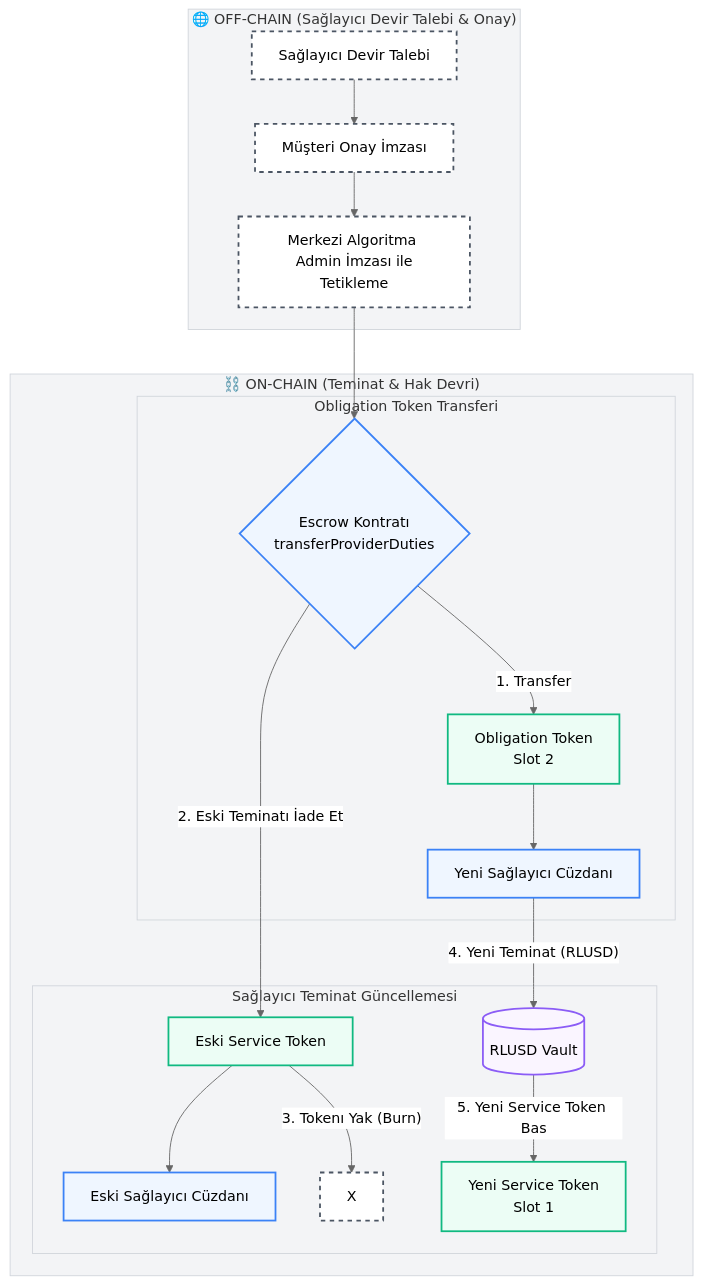
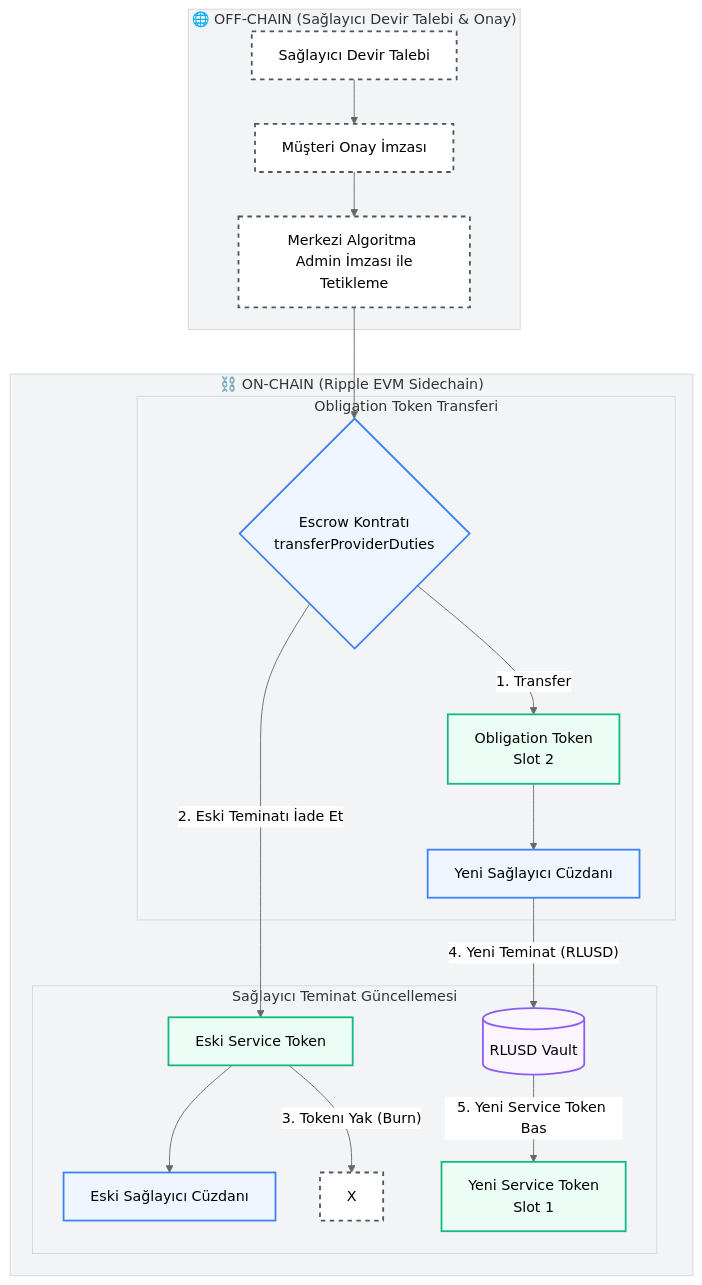
One commit to emirrmk/escrow-flow-diagrams changed the third of 4 diagrams in README.md. Above: the diagram before and after it, drawn with Mermaid. The commit also changed other lines of this file, not shown here.

Commit message:
Add ERC-3525 and Ripple EVM Sidechain details to README

````diff
--- a/README.md
+++ b/README.md
@@ -81,31 +84,31 @@
 ```mermaid
 %%{init: {'theme': 'neutral', 'themeVariables': { 'primaryColor': '#f9fafb', 'edgeLabelBackground':'#ffffff', 'clusterBkg':'#f3f4f6', 'clusterBorder':'#d1d5db'}}}%%
 graph TD
     classDef offChainNode fill:#ffffff,stroke:#4b5563,stroke-width:2px,stroke-dasharray: 5 5;
     classDef onChainNode fill:#eff6ff,stroke:#3b82f6,stroke-width:2px;
     classDef tokenNode fill:#ecfdf5,stroke:#10b981,stroke-width:2px;
     classDef databaseNode fill:#faf5ff,stroke:#8b5cf6,stroke-width:2px;
 
     subgraph OffChain ["🌐 OFF-CHAIN (Sağlayıcı Devir Talebi & Onay)"]
         Req["Sağlayıcı Devir Talebi"]:::offChainNode --> CustSign["Müşteri Onay İmzası"]:::offChainNode
         CustSign --> Alg["Merkezi Algoritma <br> Admin İmzası ile Tetikleme"]:::offChainNode
     end
 
-    subgraph OnChain ["⛓️ ON-CHAIN (Teminat & Hak Devri)"]
+    subgraph OnChain ["⛓️ ON-CHAIN (Ripple EVM Sidechain)"]
         Alg --> TransferCall{"Escrow Kontratı <br> transferProviderDuties"}:::onChainNode
         
         subgraph Branch1 ["Obligation Token Transferi"]
             TransferCall -- "1. Transfer" --> OT["Obligation Token <br> Slot 2"]:::tokenNode
             OT --> NewProv["Yeni Sağlayıcı Cüzdanı"]:::onChainNode
         end
 
         subgraph Branch2 ["Sağlayıcı Teminat Güncellemesi"]
             TransferCall -- "2. Eski Teminatı İade Et" --> OldST["Eski Service Token"]:::tokenNode
             OldST --> OldProv["Eski Sağlayıcı Cüzdanı"]:::onChainNode
             OldST -- "3. Tokenı Yak (Burn)" --> BurnX[X]:::offChainNode
             
             NewProv -- "4. Yeni Teminat (RLUSD)" --> Pool[("RLUSD Vault")]:::databaseNode
             Pool -- "5. Yeni Service Token Bas" --> NewST["Yeni Service Token <br> Slot 1"]:::tokenNode
         end
     end
 ```
````
